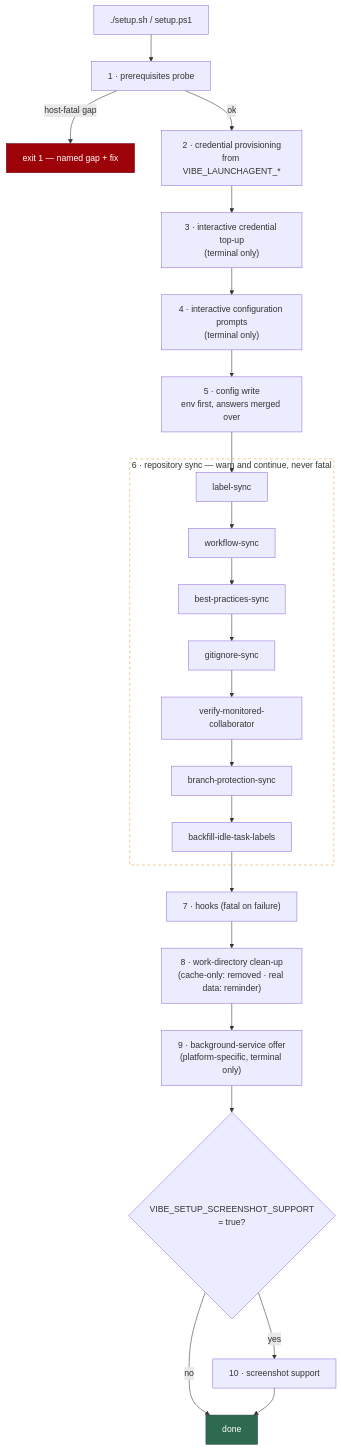
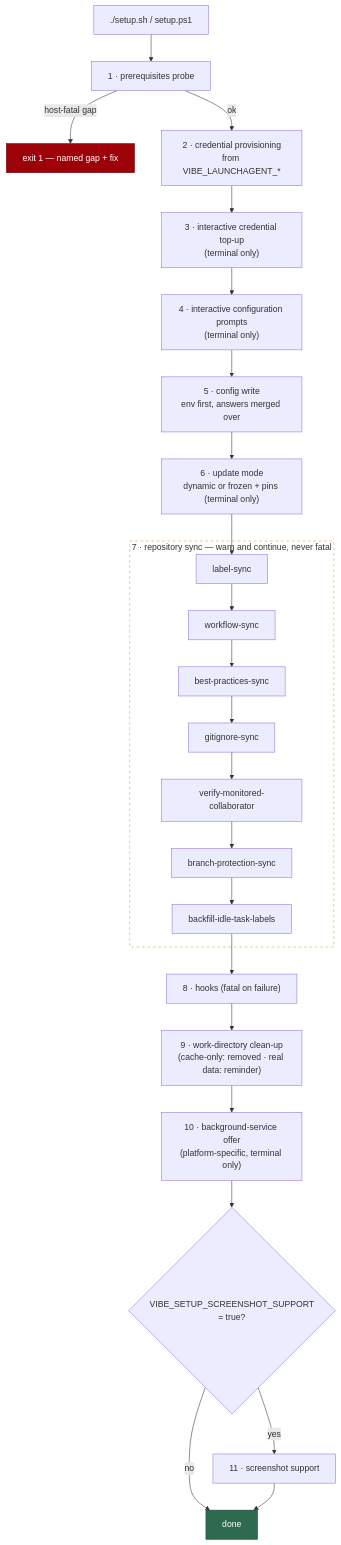
One commit to stSoftwareAU/VibeCoder changed the diagram in docs/SETUP.md. Above: the diagram before and after it, drawn with Mermaid. The commit also changed other lines of this file and 7 other files, not shown here.

````diff
--- a/docs/SETUP.md
+++ b/docs/SETUP.md
@@ -141,28 +155,29 @@
 ```mermaid
 flowchart TD
     S["./setup.sh / setup.ps1"] --> P["1 · prerequisites probe"]
     P -->|"host-fatal gap"| X["exit 1 — named gap + fix"]
     P -->|ok| C["2 · credential provisioning<br/>from VIBE_LAUNCHAGENT_*"]
     C --> IC["3 · interactive credential top-up<br/>(terminal only)"]
     IC --> IP["4 · interactive configuration prompts<br/>(terminal only)"]
     IP --> W["5 · config write<br/>env first, answers merged over"]
-    W --> L["label-sync"]
-    subgraph SY["6 · repository sync — warn and continue, never fatal"]
+    W --> UM["6 · update mode<br/>dynamic or frozen + pins (terminal only)"]
+    UM --> L["label-sync"]
+    subgraph SY["7 · repository sync — warn and continue, never fatal"]
         L --> WS["workflow-sync"]
         WS --> BS["best-practices-sync"]
         BS --> GI["gitignore-sync"]
         GI --> VC["verify-monitored-collaborator"]
         VC --> BR["branch-protection-sync"]
         BR --> BF["backfill-idle-task-labels"]
     end
-    BF --> H["7 · hooks (fatal on failure)"]
-    H --> R["8 · work-directory clean-up<br/>(cache-only: removed · real data: reminder)"]
-    R --> SO["9 · background-service offer<br/>(platform-specific, terminal only)"]
+    BF --> H["8 · hooks (fatal on failure)"]
+    H --> R["9 · work-directory clean-up<br/>(cache-only: removed · real data: reminder)"]
+    R --> SO["10 · background-service offer<br/>(platform-specific, terminal only)"]
     SO --> SC{"VIBE_SETUP_SCREENSHOT_SUPPORT<br/>= true?"}
-    SC -->|yes| SS["10 · screenshot support"]
+    SC -->|yes| SS["11 · screenshot support"]
     SC -->|no| D["done"]
     SS --> D
     style X fill:#9d0208,stroke:#6a040f,color:#fff
     style SY fill:none,stroke:#e09f3e,stroke-dasharray:5 5
     style D fill:#2d6a4f,stroke:#1b4332,color:#fff
 ```
````
